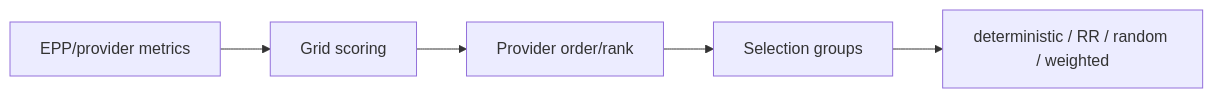
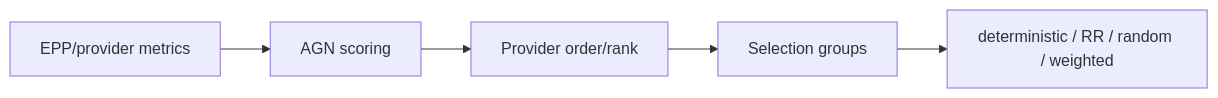
The seventh of 11 diagrams in docs/routing.md (nerdalert/grid), drawn with Mermaid before and after one commit. The commit also changed other lines of this file and 44 other files, not shown here.

````diff
--- a/docs/routing.md
+++ b/docs/routing.md
@@ -442,7 +442,7 @@
 ```mermaid
 flowchart LR
-    Metrics["EPP/provider metrics"] --> Grid["Grid scoring"]
-    Grid --> Rank["Provider order/rank"]
+    Metrics["EPP/provider metrics"] --> AGN["AGN scoring"]
+    AGN --> Rank["Provider order/rank"]
     Rank --> Groups["Selection groups"]
     Groups --> Picker["deterministic / RR / random / weighted"]
 ```
````
